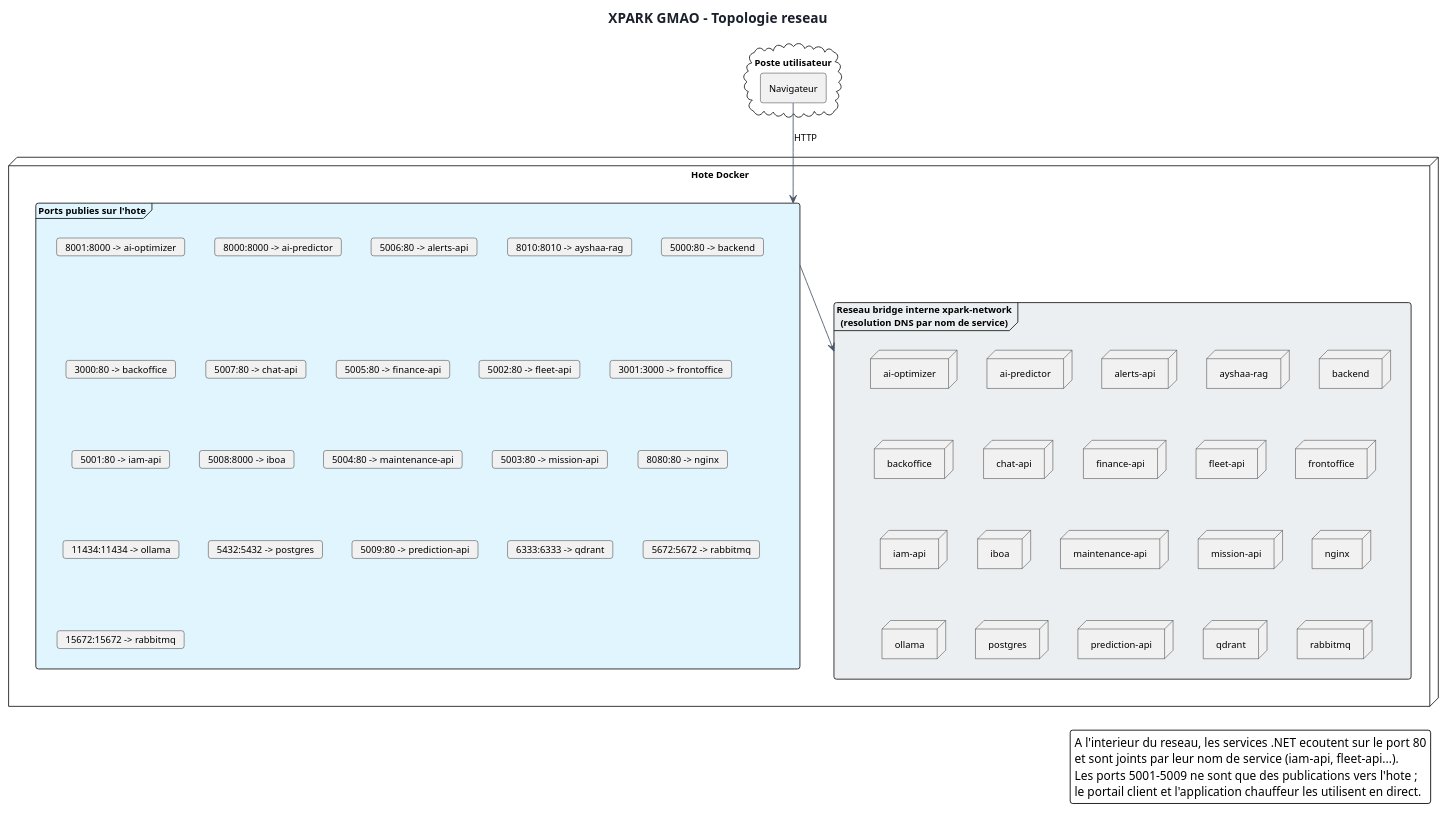
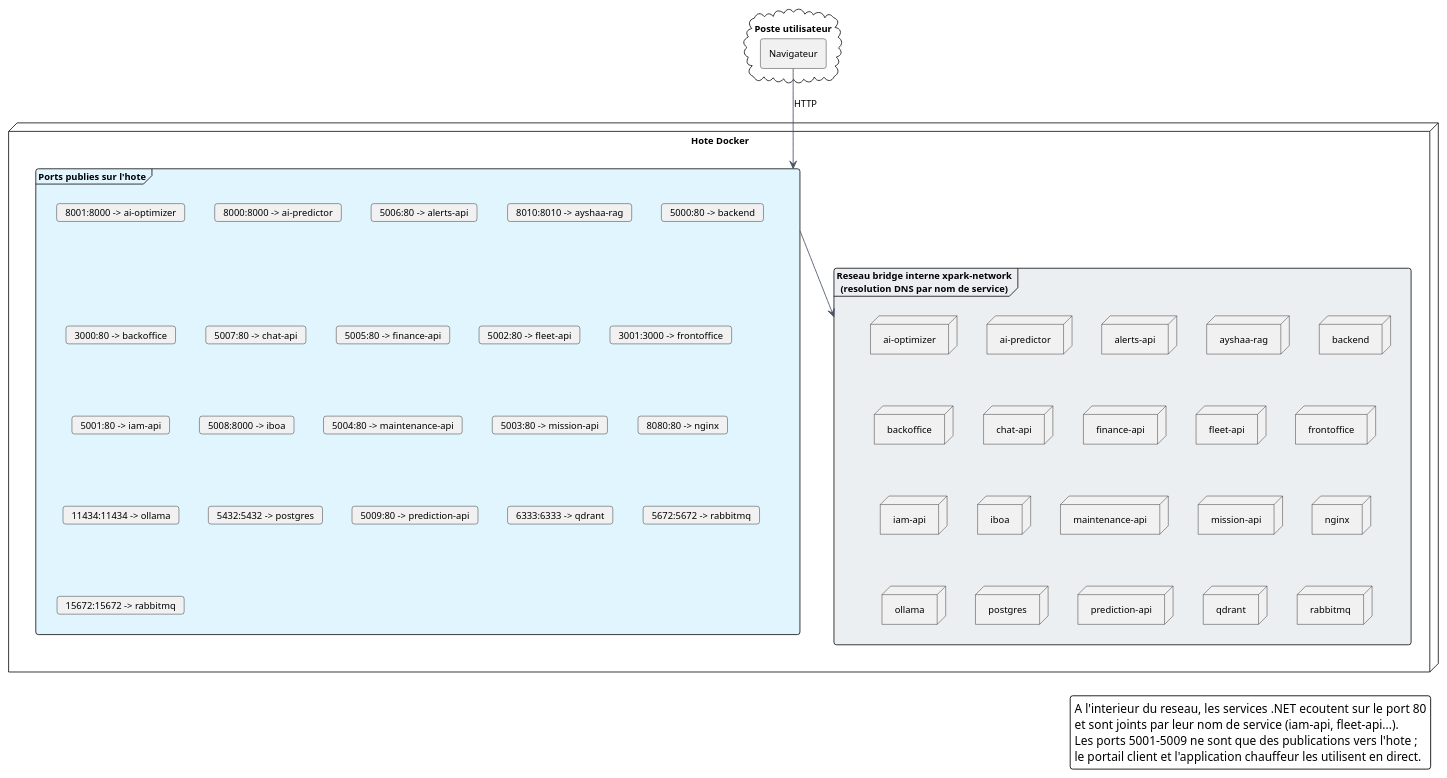
The diagram in docs/diagrams/platform/platform-network.puml (saber-barhoumi/Xpark-gmao), drawn with PlantUML before and after one commit. The commit also changed 217 other files, not shown here.

```diff
--- a/docs/diagrams/platform/platform-network.puml
+++ b/docs/diagrams/platform/platform-network.puml
@@ -1,80 +1,78 @@
 @startuml
 skinparam backgroundColor #FFFFFF
 skinparam shadowing false
 skinparam defaultFontName Verdana
 skinparam defaultFontSize 11
 skinparam roundCorner 6
 skinparam ArrowColor #4A5568
 skinparam TitleFontSize 16
 skinparam TitleFontColor #1A202C
 skinparam NoteBackgroundColor #FFF8DC
 skinparam NoteBorderColor #D6BF7A
 skinparam componentStyle rectangle
-
-title XPARK GMAO - Topologie reseau
 
 skinparam componentStyle rectangle
 
 cloud "Poste utilisateur" as Poste {
   component "Navigateur" as Nav
 }
 
 node "Hote Docker" {
   frame "Ports publies sur l'hote" as Pub #E1F5FE {
     card "8001:8000 -> ai-optimizer" as p8001_8000ai_optimizer
     card "8000:8000 -> ai-predictor" as p8000_8000ai_predictor
     card "5006:80 -> alerts-api" as p5006_80alerts_api
     card "8010:8010 -> ayshaa-rag" as p8010_8010ayshaa_rag
     card "5000:80 -> backend" as p5000_80backend
     card "3000:80 -> backoffice" as p3000_80backoffice
     card "5007:80 -> chat-api" as p5007_80chat_api
     card "5005:80 -> finance-api" as p5005_80finance_api
     card "5002:80 -> fleet-api" as p5002_80fleet_api
     card "3001:3000 -> frontoffice" as p3001_3000frontoffice
     card "5001:80 -> iam-api" as p5001_80iam_api
     card "5008:8000 -> iboa" as p5008_8000iboa
     card "5004:80 -> maintenance-api" as p5004_80maintenance_api
     card "5003:80 -> mission-api" as p5003_80mission_api
     card "8080:80 -> nginx" as p8080_80nginx
     card "11434:11434 -> ollama" as p11434_11434ollama
     card "5432:5432 -> postgres" as p5432_5432postgres
     card "5009:80 -> prediction-api" as p5009_80prediction_api
     card "6333:6333 -> qdrant" as p6333_6333qdrant
     card "5672:5672 -> rabbitmq" as p5672_5672rabbitmq
     card "15672:15672 -> rabbitmq" as p15672_15672rabbitmq
   }
   frame "Reseau bridge interne xpark-network\n(resolution DNS par nom de service)" as Net #ECEFF1 {
     node "ai-optimizer" as nai_optimizer
     node "ai-predictor" as nai_predictor
     node "alerts-api" as nalerts_api
     node "ayshaa-rag" as nayshaa_rag
     node "backend" as nbackend
     node "backoffice" as nbackoffice
     node "chat-api" as nchat_api
     node "finance-api" as nfinance_api
     node "fleet-api" as nfleet_api
     node "frontoffice" as nfrontoffice
     node "iam-api" as niam_api
     node "iboa" as niboa
     node "maintenance-api" as nmaintenance_api
     node "mission-api" as nmission_api
     node "nginx" as nnginx
     node "ollama" as nollama
     node "postgres" as npostgres
     node "prediction-api" as nprediction_api
     node "qdrant" as nqdrant
     node "rabbitmq" as nrabbitmq
   }
 }
 
 Nav --> Pub : HTTP
 Pub --> Net
 
 legend right
 A l'interieur du reseau, les services .NET ecoutent sur le port 80
 et sont joints par leur nom de service (iam-api, fleet-api...).
 Les ports 5001-5009 ne sont que des publications vers l'hote ;
 le portail client et l'application chauffeur les utilisent en direct.
 endlegend
 
 @enduml
```
